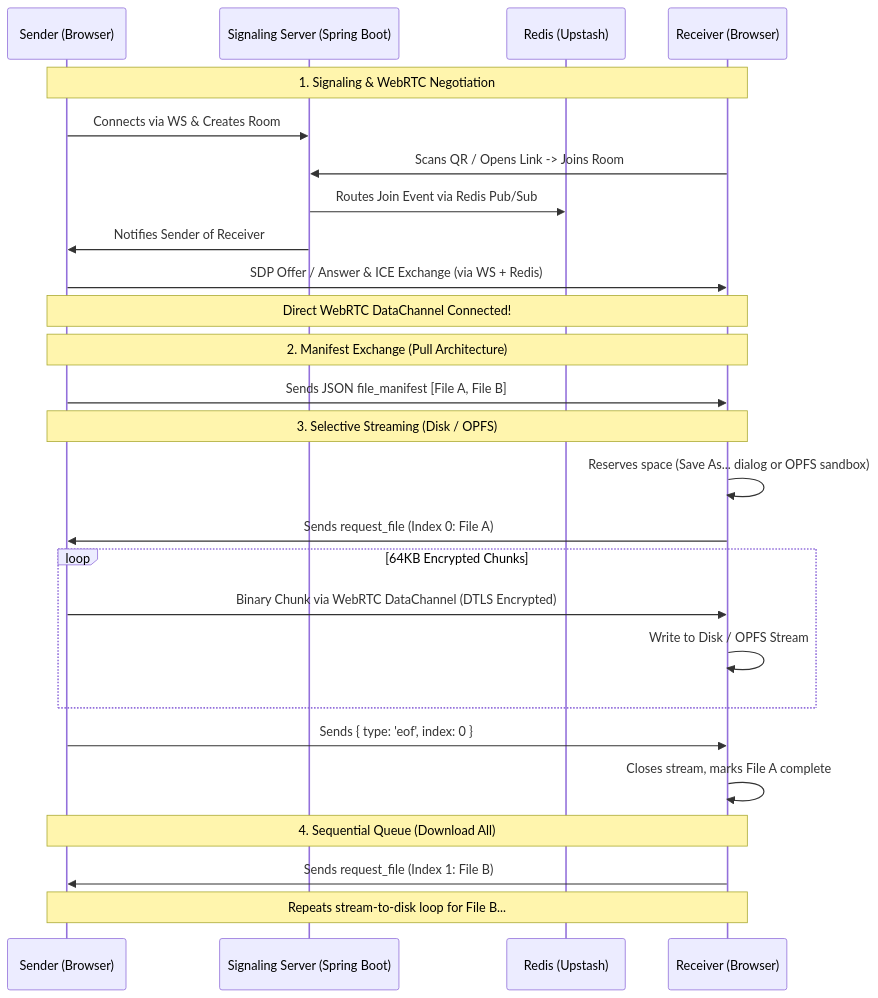
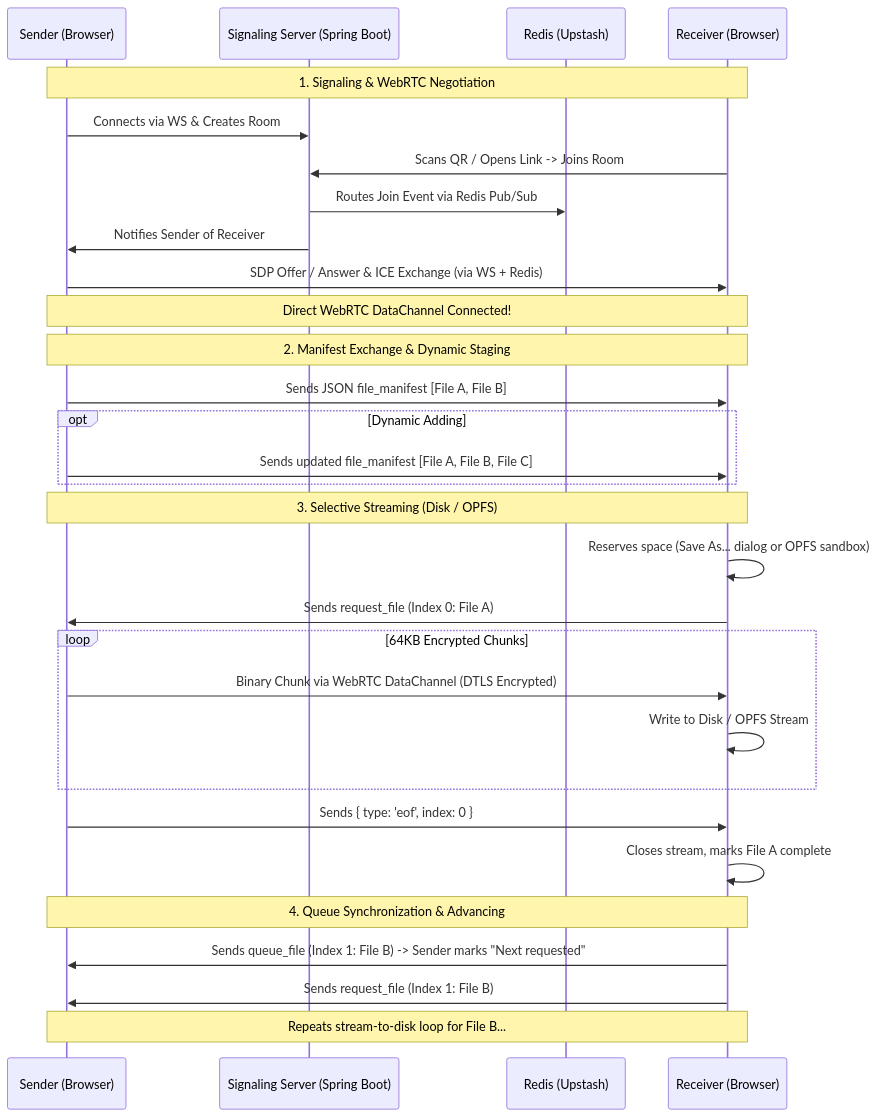
The diagram in README.md (Utkarsh-Awasthi08/PeerLink), drawn with Mermaid before and after one commit. The commit also changed other lines of this file, not shown here.

Commit message:
docs: update README with dynamic file adding, transfer queueing, transfer cancellation, and remove Web Crypto API references

````diff
--- a/README.md
+++ b/README.md
@@ -67,32 +72,36 @@
 ```mermaid
 sequenceDiagram
     participant S as Sender (Browser)
     participant B as Signaling Server (Spring Boot)
     participant R as Redis (Upstash)
     participant C as Receiver (Browser)
 
     Note over S,C: 1. Signaling & WebRTC Negotiation
     S->>B: Connects via WS & Creates Room
     C->>B: Scans QR / Opens Link -> Joins Room
     B->>R: Routes Join Event via Redis Pub/Sub
     B->>S: Notifies Sender of Receiver
     S->>C: SDP Offer / Answer & ICE Exchange (via WS + Redis)
     Note over S,C: Direct WebRTC DataChannel Connected!
 
-    Note over S,C: 2. Manifest Exchange (Pull Architecture)
+    Note over S,C: 2. Manifest Exchange & Dynamic Staging
     S->>C: Sends JSON file_manifest [File A, File B]
+    opt Dynamic Adding
+        S->>C: Sends updated file_manifest [File A, File B, File C]
+    end
     
     Note over S,C: 3. Selective Streaming (Disk / OPFS)
     C->>C: Reserves space (Save As... dialog or OPFS sandbox)
     C->>S: Sends request_file (Index 0: File A)
     loop 64KB Encrypted Chunks
         S->>C: Binary Chunk via WebRTC DataChannel (DTLS Encrypted)
         C->>C: Write to Disk / OPFS Stream
     end
     S->>C: Sends { type: 'eof', index: 0 }
     C->>C: Closes stream, marks File A complete
 
-    Note over S,C: 4. Sequential Queue (Download All)
+    Note over S,C: 4. Queue Synchronization & Advancing
+    C->>S: Sends queue_file (Index 1: File B) -> Sender marks "Next requested"
     C->>S: Sends request_file (Index 1: File B)
     Note over S,C: Repeats stream-to-disk loop for File B...
 ```
````
